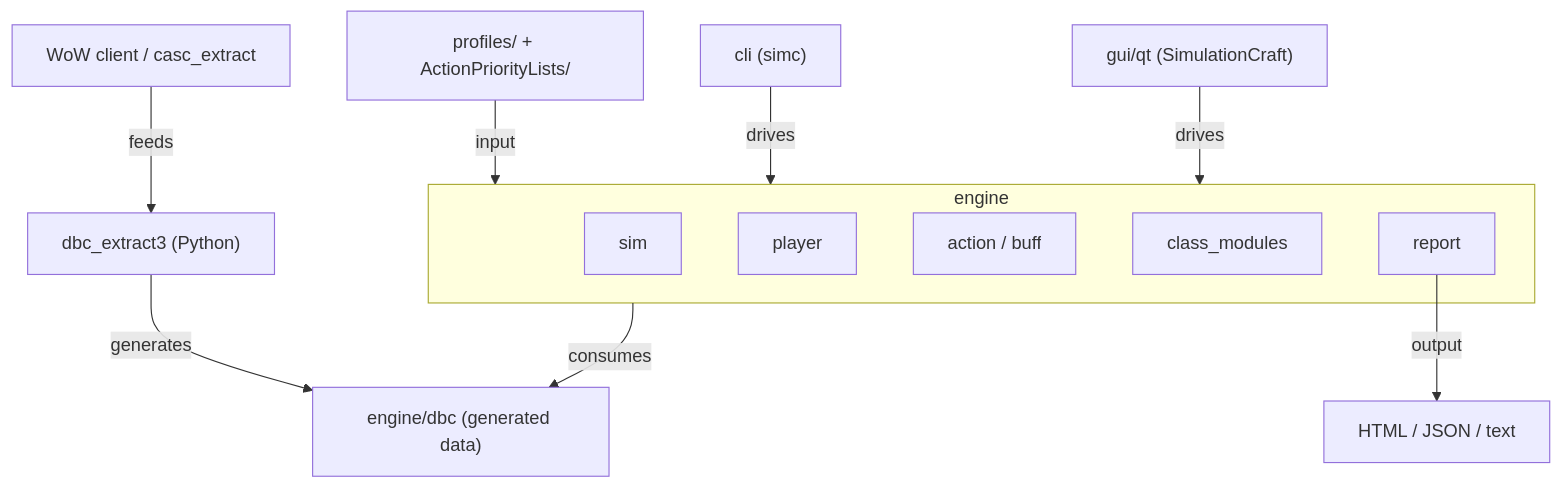
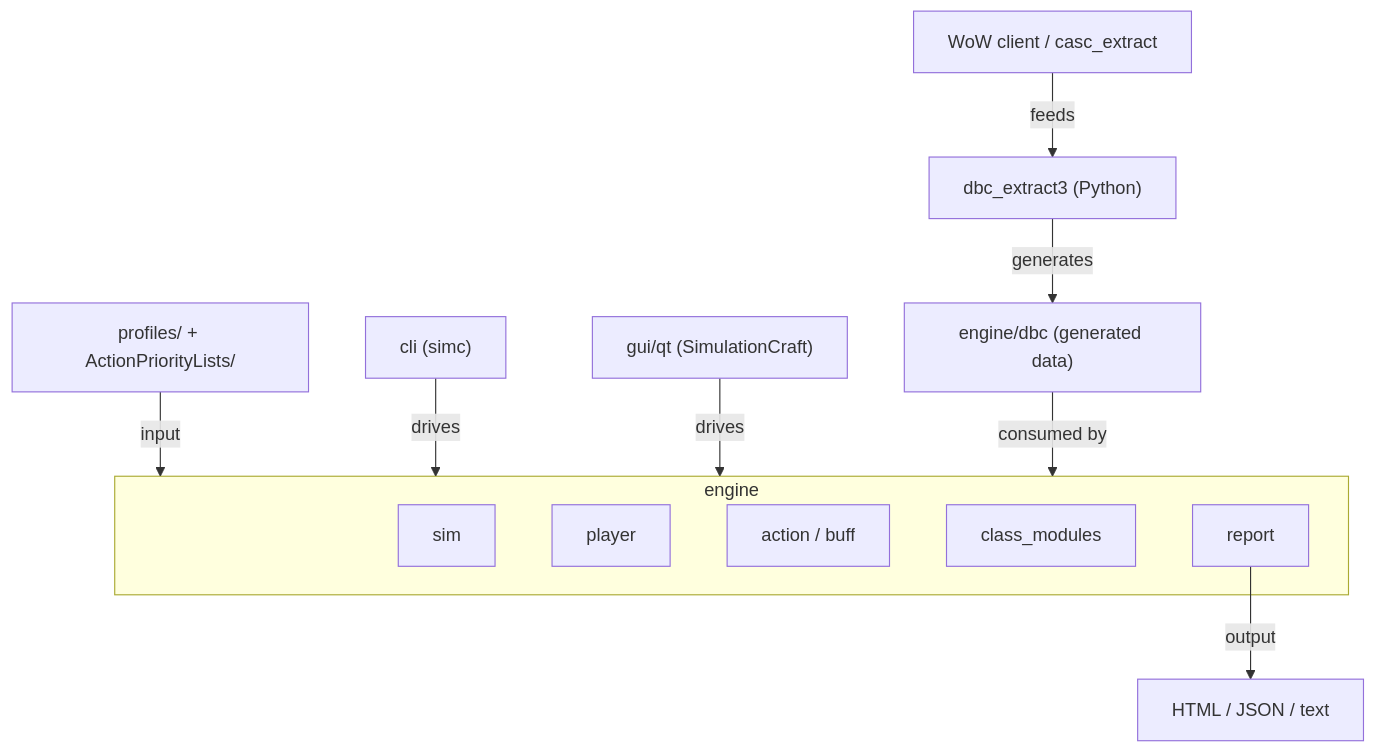
One commit to Lucasmingus/simc changed the diagram in doc/architecture/01-overview.md. Above: the diagram before and after it, drawn with Mermaid. The commit also changed other lines of this file and 2 other files, not shown here.

Commit message:
docs: address final-review fixes (overview wording/arrow, dbc/lib labels, analyze cite)

````diff
--- a/doc/architecture/01-overview.md
+++ b/doc/architecture/01-overview.md
@@ -10,21 +10,21 @@
 ```mermaid
 flowchart TD
     WOW["WoW client / casc_extract"] -->|feeds| DBCEXT["dbc_extract3 (Python)"]
     DBCEXT -->|generates| DBCDATA["engine/dbc (generated data)"]
 
     PROFILES["profiles/ + ActionPriorityLists/"] -->|input| ENGINE
 
     CLI["cli (simc)"] -->|drives| ENGINE
     GUI["gui/qt (SimulationCraft)"] -->|drives| ENGINE
 
     subgraph ENGINE[engine]
         SIM[sim]
         PLAYER[player]
         AB["action / buff"]
         CM[class_modules]
         RPT[report]
     end
 
-    ENGINE -->|consumes| DBCDATA
+    DBCDATA -->|consumed by| ENGINE
     RPT -->|output| OUT["HTML / JSON / text"]
 ```
````
